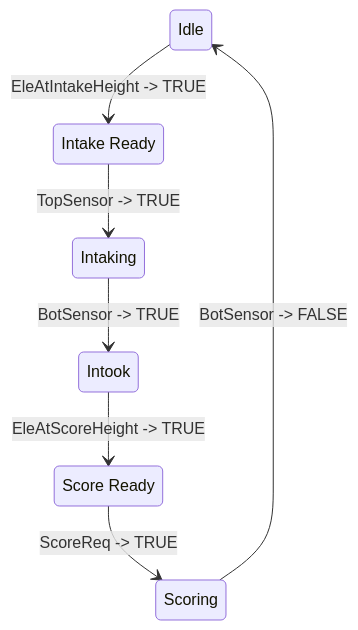
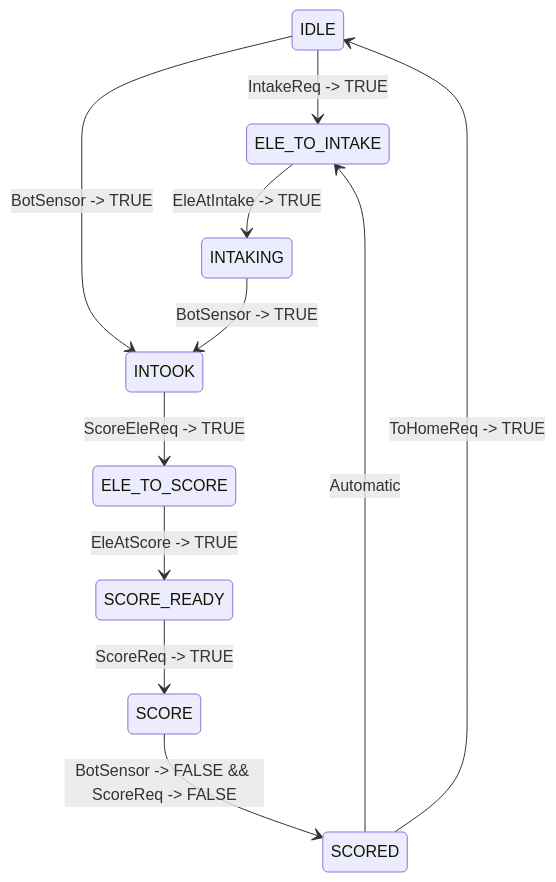
One commit to WaltonRobotics/Reefscape changed the diagram in docs/Superstructure.md. Above: the diagram before and after it, drawn with Mermaid. The commit also changed other lines of this file, not shown here.

Commit message:
superstructure rewrite pt 1
the logic edition

````diff
--- a/docs/Superstructure.md
+++ b/docs/Superstructure.md
@@ -17,17 +17,23 @@
 ```mermaid
 stateDiagram
-    state "Idle" as s1
-    state "Intake Ready" as s2
-    state "Intaking" as s3
-    state "Intook" as s4
-    state "Score Ready" as s5
-    state "Scoring" as s6
+    state "IDLE" as s1
+    state "ELE_TO_INTAKE" as s2
+    state "INTAKING" as s3
+    state "INTOOK" as s4
+    state "ELE_TO_SCORE" as s5
+    state "SCORE_READY" as s6
+    state "SCORE" as s7
+    state "SCORED" as s8
 
-    s1 --> s2: EleAtIntakeHeight -> TRUE
-    s2 --> s3: TopSensor -> TRUE
+    s1 --> s2: IntakeReq -> TRUE
+    s1 --> s4: BotSensor -> TRUE
+    s2 --> s3: EleAtIntake -> TRUE
     s3 --> s4: BotSensor -> TRUE
-    s4 --> s5: EleAtScoreHeight -> TRUE
-    s5 --> s6: ScoreReq -> TRUE
-    s6 --> s1: BotSensor -> FALSE
+    s4 --> s5: ScoreEleReq -> TRUE
+    s5 --> s6: EleAtScore -> TRUE
+    s6 --> s7: ScoreReq -> TRUE
+    s7 --> s8: BotSensor -> FALSE && ScoreReq -> FALSE
+    s8 --> s2: Automatic
+    s8 --> s1: ToHomeReq -> TRUE
 
 ```
````
